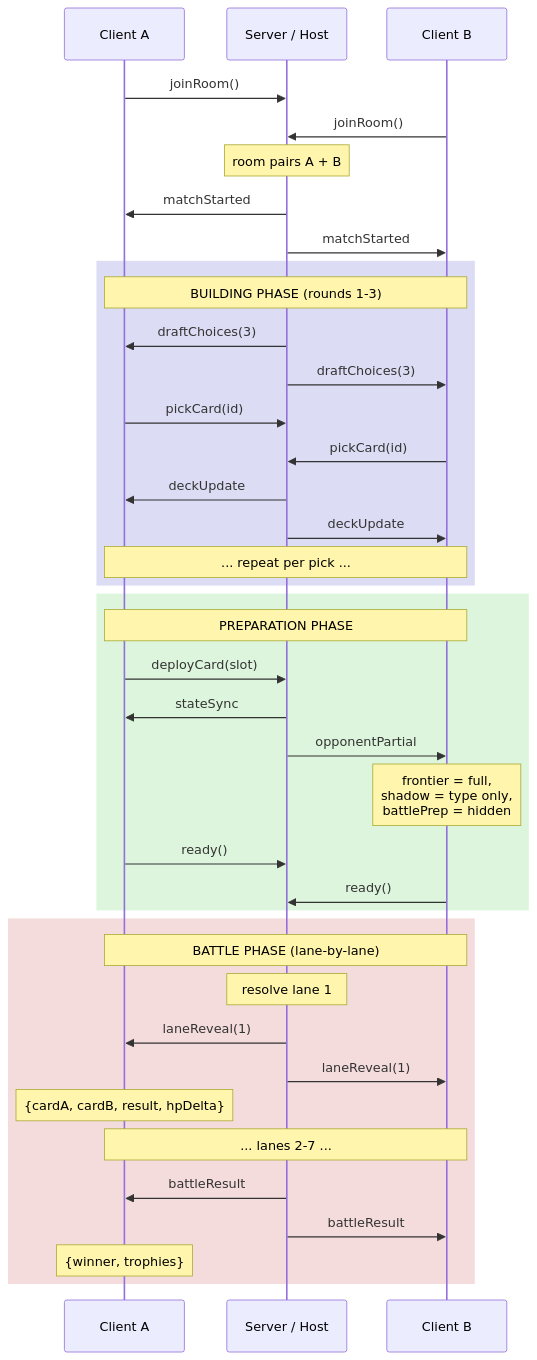
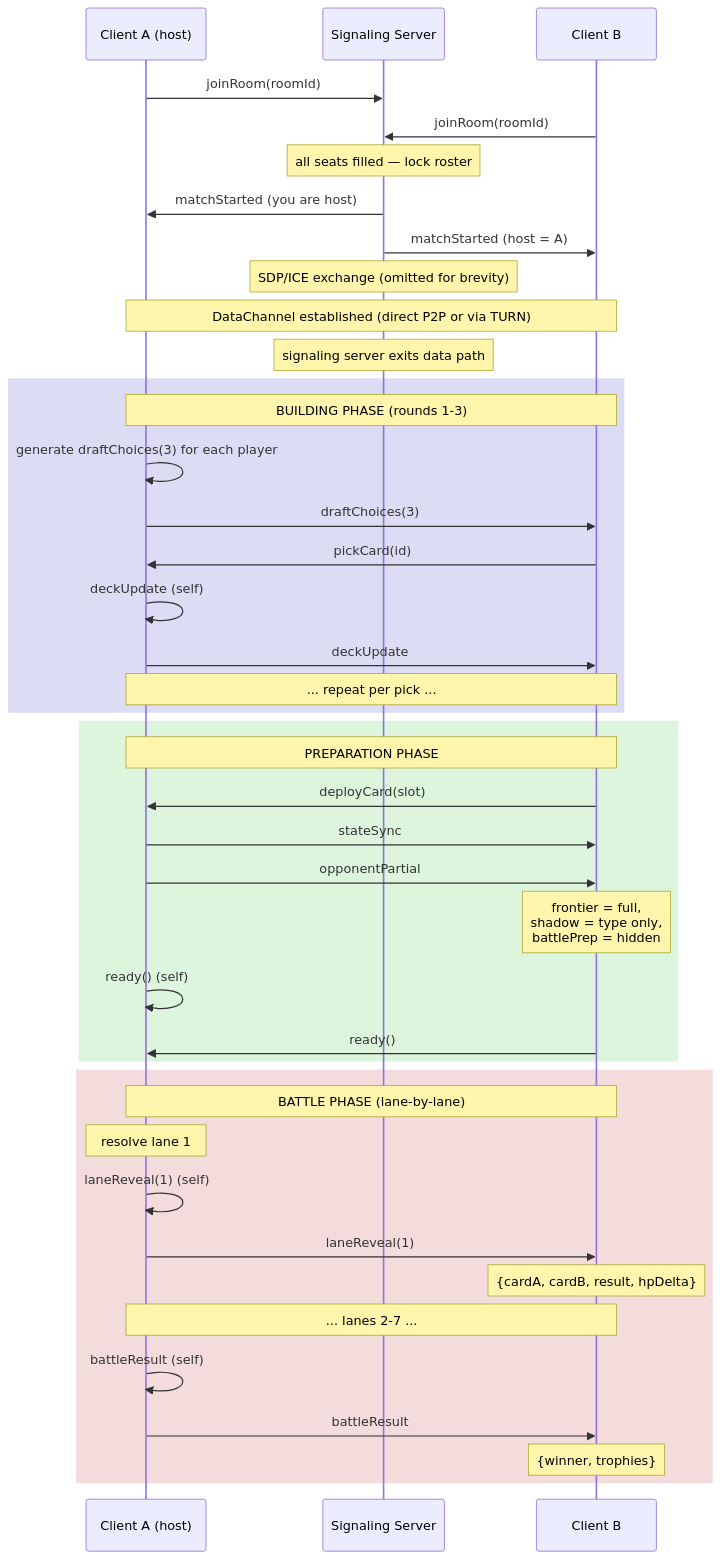
The second of 5 diagrams in wiki/technical_spec.md (MintBee/some-cool-game), drawn with Mermaid before and after one commit. The commit also changed other lines of this file and 1 other file, not shown here.

Commit message:
docs(wiki): switch MVP networking from Colyseus to WebRTC P2P
Promotes the planned P2P adapter to primary MVP path; demotes Colyseus
to future upgrade. Adds p2p_considerations.md covering 8 risk areas
(NAT traversal, authority/cheating, latency, disconnection, mesh
scalability, signaling SPOF, DTLS security, browser compat) with
mitigations and architecture decisions.

````diff
--- a/wiki/technical_spec.md
+++ b/wiki/technical_spec.md
@@ -183,45 +196,47 @@
 ```mermaid
 sequenceDiagram
-    participant A as Client A
-    participant S as Server / Host
+    participant A as Client A (host)
+    participant S as Signaling Server
     participant B as Client B
 
-    A->>S: joinRoom()
-    B->>S: joinRoom()
-    Note over S: room pairs A + B
-    S->>A: matchStarted
-    S->>B: matchStarted
+    A->>S: joinRoom(roomId)
+    B->>S: joinRoom(roomId)
+    Note over S: all seats filled — lock roster
+    S->>A: matchStarted (you are host)
+    S->>B: matchStarted (host = A)
+    Note over S: SDP/ICE exchange (omitted for brevity)
+    Note over A,B: DataChannel established (direct P2P or via TURN)
+    Note over S: signaling server exits data path
 
     rect rgb(220, 220, 245)
         Note over A,B: BUILDING PHASE (rounds 1-3)
-        S->>A: draftChoices(3)
-        S->>B: draftChoices(3)
-        A->>S: pickCard(id)
-        B->>S: pickCard(id)
-        S->>A: deckUpdate
-        S->>B: deckUpdate
+        A->>A: generate draftChoices(3) for each player
+        A->>B: draftChoices(3)
+        B->>A: pickCard(id)
+        A->>A: deckUpdate (self)
+        A->>B: deckUpdate
         Note over A,B: ... repeat per pick ...
     end
 
     rect rgb(220, 245, 220)
         Note over A,B: PREPARATION PHASE
-        A->>S: deployCard(slot)
-        S->>A: stateSync
-        S->>B: opponentPartial
+        B->>A: deployCard(slot)
+        A->>B: stateSync
+        A->>B: opponentPartial
         Note over B: frontier = full,<br/>shadow = type only,<br/>battlePrep = hidden
-        A->>S: ready()
-        B->>S: ready()
+        A->>A: ready() (self)
+        B->>A: ready()
     end
 
     rect rgb(245, 220, 220)
         Note over A,B: BATTLE PHASE (lane-by-lane)
-        Note over S: resolve lane 1
-        S->>A: laneReveal(1)
-        S->>B: laneReveal(1)
-        Note over A: {cardA, cardB, result, hpDelta}
+        Note over A: resolve lane 1
+        A->>A: laneReveal(1) (self)
+        A->>B: laneReveal(1)
+        Note over B: {cardA, cardB, result, hpDelta}
         Note over A,B: ... lanes 2-7 ...
-        S->>A: battleResult
-        S->>B: battleResult
-        Note over A: {winner, trophies}
+        A->>A: battleResult (self)
+        A->>B: battleResult
+        Note over B: {winner, trophies}
     end
 ```
````
